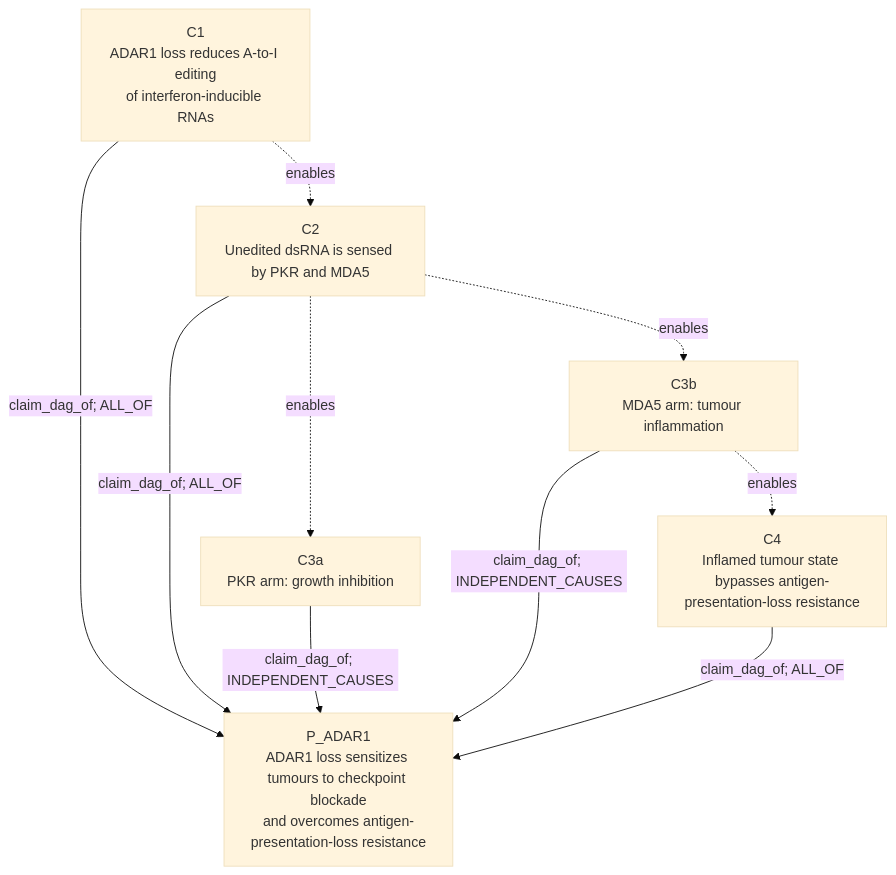
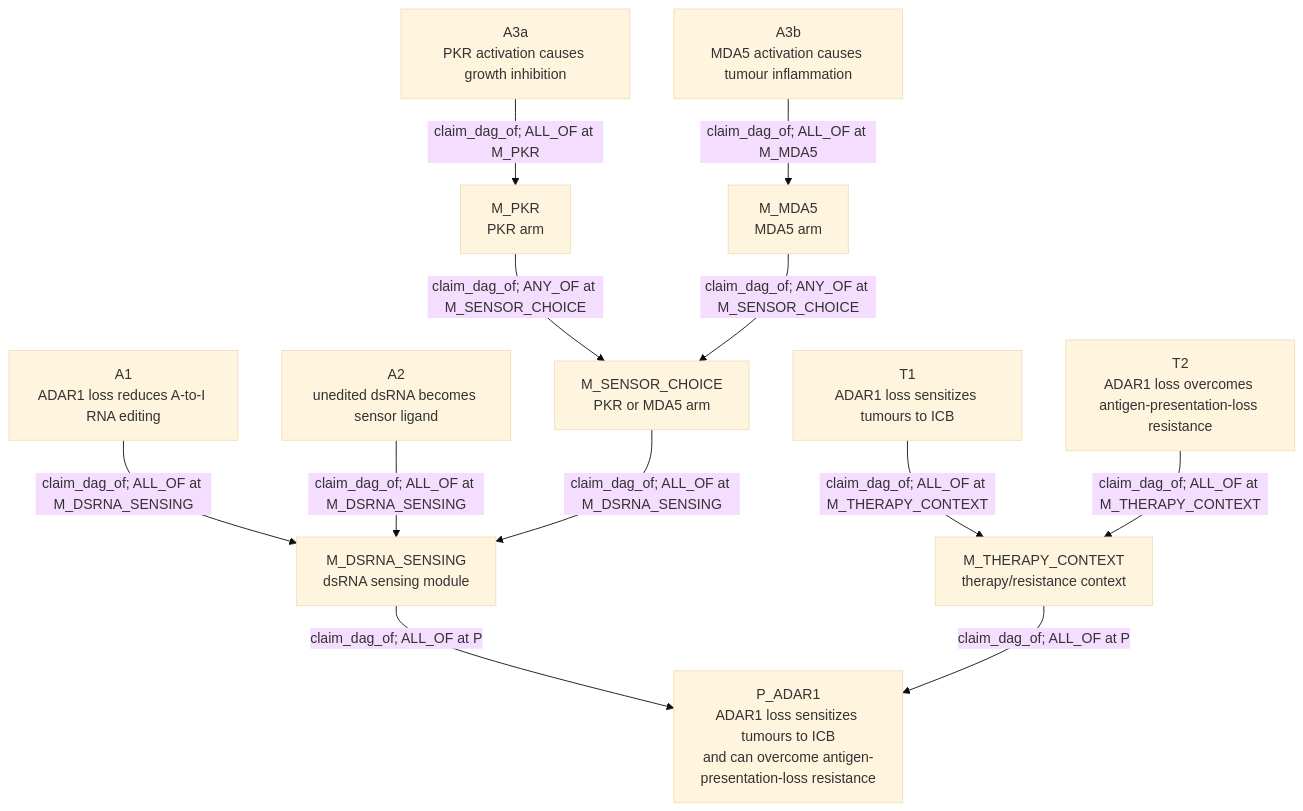
One commit to eliannaqk/bioKG changed the eighth of 9 diagrams in ingest/CLAIM_OBJECT_MECHANISM_DAG_EXAMPLES.md. Above: the diagram before and after it, drawn with Mermaid (base theme). The commit also changed other lines of this file and 3 other files, not shown here.

Commit message:
Clarify claim mechanism DAG logic

````diff
--- a/ingest/CLAIM_OBJECT_MECHANISM_DAG_EXAMPLES.md
+++ b/ingest/CLAIM_OBJECT_MECHANISM_DAG_EXAMPLES.md
@@ -368,20 +412,30 @@
 ```mermaid
 flowchart TD
-  P["P_ADAR1\nADAR1 loss sensitizes tumours to checkpoint blockade\nand overcomes antigen-presentation-loss resistance"]
-  C1["C1\nADAR1 loss reduces A-to-I editing\nof interferon-inducible RNAs"]
-  C2["C2\nUnedited dsRNA is sensed by PKR and MDA5"]
-  C3a["C3a\nPKR arm: growth inhibition"]
-  C3b["C3b\nMDA5 arm: tumour inflammation"]
-  C4["C4\nInflamed tumour state bypasses antigen-presentation-loss resistance"]
+  P["P_ADAR1\nADAR1 loss sensitizes tumours to ICB\nand can overcome antigen-presentation-loss resistance"]
+  DS["M_DSRNA_SENSING\ndsRNA sensing module"]
+  CHOICE["M_SENSOR_CHOICE\nPKR or MDA5 arm"]
+  PKR["M_PKR\nPKR arm"]
+  MDA5["M_MDA5\nMDA5 arm"]
+  TX["M_THERAPY_CONTEXT\ntherapy/resistance context"]
+  A1["A1\nADAR1 loss reduces A-to-I RNA editing"]
+  A2["A2\nunedited dsRNA becomes sensor ligand"]
+  A3a["A3a\nPKR activation causes growth inhibition"]
+  A3b["A3b\nMDA5 activation causes tumour inflammation"]
+  T1["T1\nADAR1 loss sensitizes tumours to ICB"]
+  T2["T2\nADAR1 loss overcomes antigen-presentation-loss resistance"]
 
-  C1 -- "claim_dag_of; ALL_OF" --> P
-  C2 -- "claim_dag_of; ALL_OF" --> P
-  C3a -- "claim_dag_of; INDEPENDENT_CAUSES" --> P
-  C3b -- "claim_dag_of; INDEPENDENT_CAUSES" --> P
-  C4 -- "claim_dag_of; ALL_OF" --> P
+  DS -- "claim_dag_of; ALL_OF at P" --> P
+  TX -- "claim_dag_of; ALL_OF at P" --> P
 
-  C1 -. "enables" .-> C2
-  C2 -. "enables" .-> C3a
-  C2 -. "enables" .-> C3b
-  C3b -. "enables" .-> C4
+  A1 -- "claim_dag_of; ALL_OF at M_DSRNA_SENSING" --> DS
+  A2 -- "claim_dag_of; ALL_OF at M_DSRNA_SENSING" --> DS
+  CHOICE -- "claim_dag_of; ALL_OF at M_DSRNA_SENSING" --> DS
+
+  PKR -- "claim_dag_of; ANY_OF at M_SENSOR_CHOICE" --> CHOICE
+  MDA5 -- "claim_dag_of; ANY_OF at M_SENSOR_CHOICE" --> CHOICE
+  A3a -- "claim_dag_of; ALL_OF at M_PKR" --> PKR
+  A3b -- "claim_dag_of; ALL_OF at M_MDA5" --> MDA5
+
+  T1 -- "claim_dag_of; ALL_OF at M_THERAPY_CONTEXT" --> TX
+  T2 -- "claim_dag_of; ALL_OF at M_THERAPY_CONTEXT" --> TX
 ```
````
